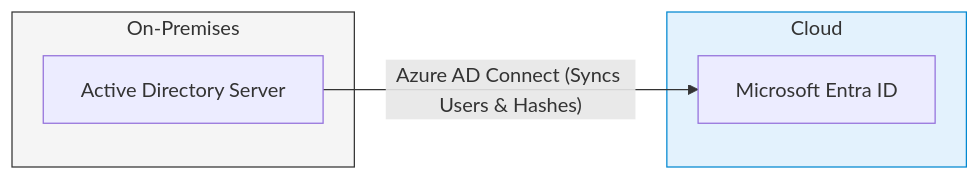
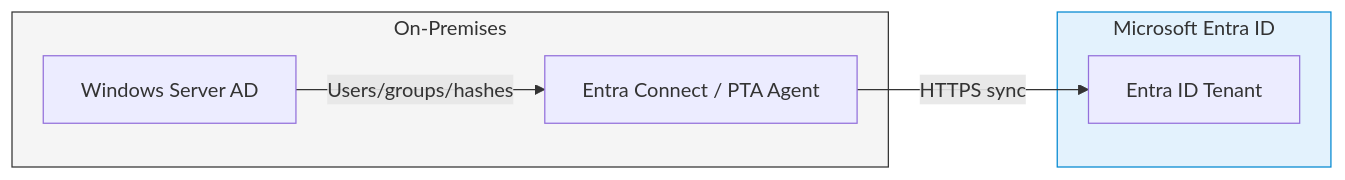
Before and after one commit to parthnaik7/AZ-104-Study-Guide: the first of 2 diagrams in 02-identity-governance.md, drawn with Mermaid. The commit also changed other lines of this file and 4 other files, not shown here.

Commit message:
Enhance all modules with tables, diagrams, best practices, and exam gotchas

````diff
--- a/02-identity-governance.md
+++ b/02-identity-governance.md
@@ -36,14 +43,14 @@
 ```mermaid
 graph LR
-    subgraph On-Premises
-        AD[Active Directory Server]
+    subgraph OnPrem ["On-Premises"]
+        AD["Windows Server AD"]
+        Agent["Entra Connect / PTA Agent"]
     end
-    subgraph Cloud
-        Entra[Microsoft Entra ID]
+    subgraph Cloud ["Microsoft Entra ID"]
+        Entra["Entra ID Tenant"]
     end
-    
-    AD -- "Azure AD Connect (Syncs Users & Hashes)" --> Entra
-    
-    style On-Premises fill:#f5f5f5,stroke:#333
+    AD -- "Users/groups/hashes" --> Agent
+    Agent -- "HTTPS sync" --> Entra
+    style OnPrem fill:#f5f5f5,stroke:#333
     style Cloud fill:#e3f2fd,stroke:#0288d1
 ```
````
